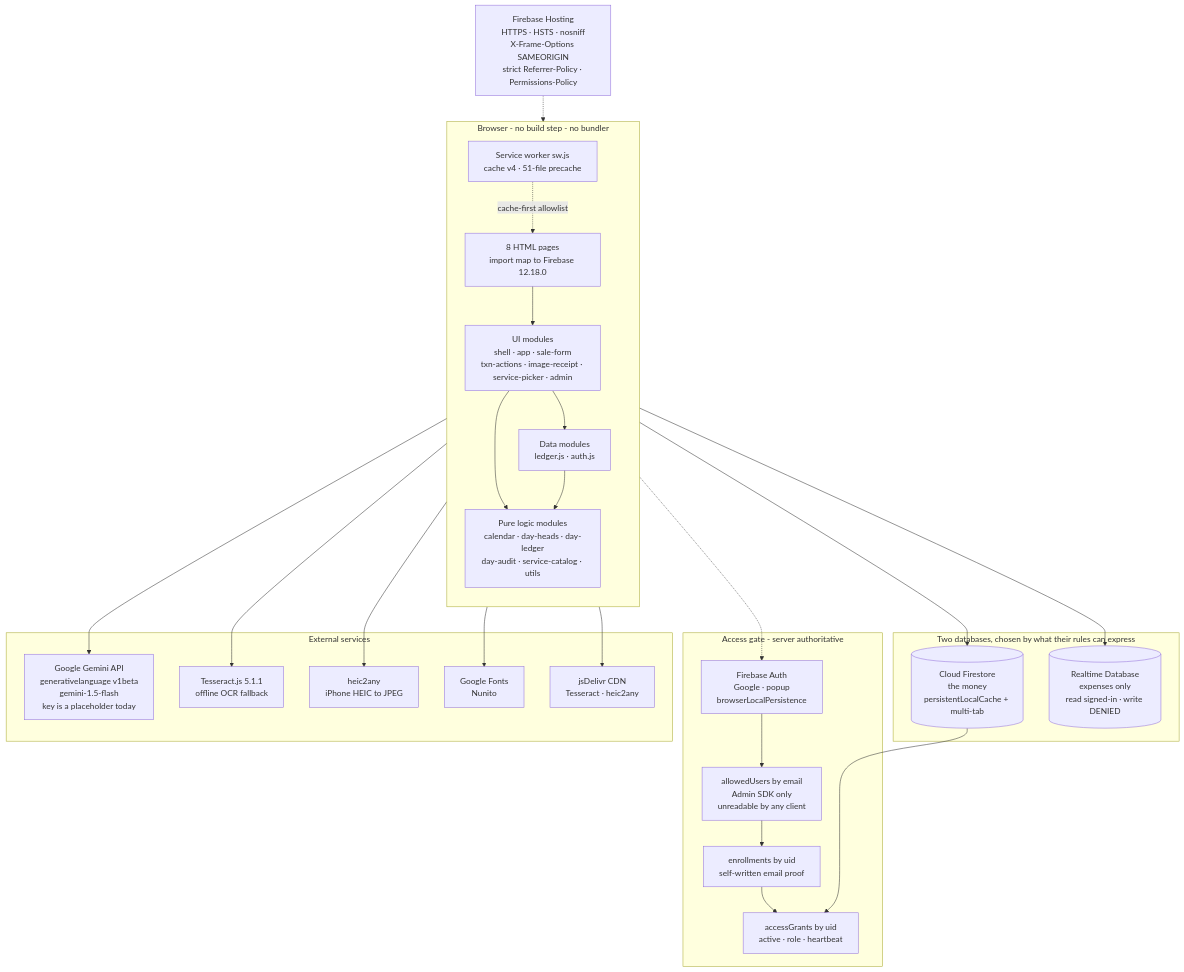
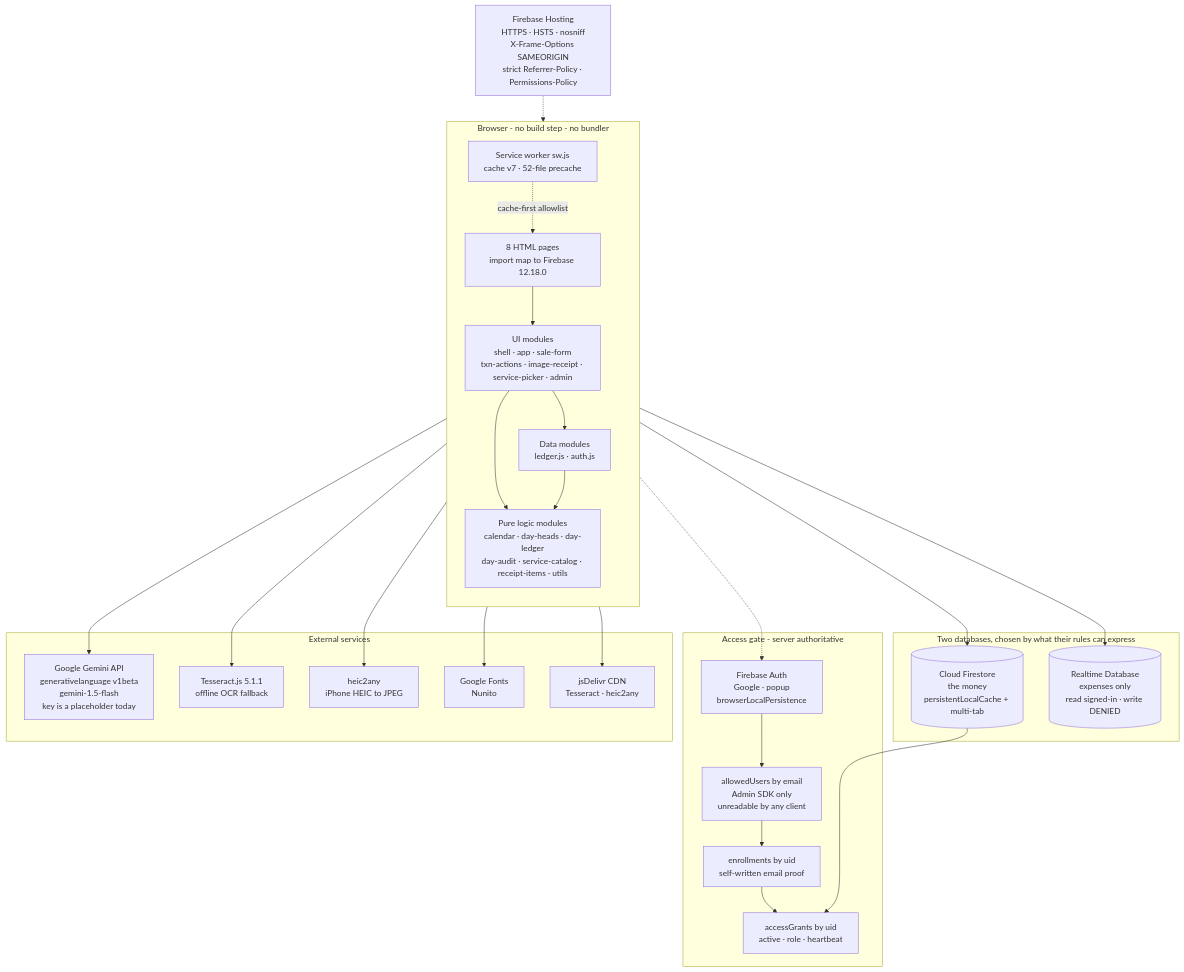
The sixth of 7 diagrams in README.md (arshinmrelju/leadger), drawn with Mermaid before and after one commit. The commit also changed other lines of this file and 11 other files, not shown here.

````diff
--- a/README.md
+++ b/README.md
@@ -797,50 +813,50 @@
 ```mermaid
 flowchart TD
     subgraph CLIENT["Browser - no build step - no bundler"]
         direction TB
         HTML["8 HTML pages<br/>import map to Firebase 12.18.0"]
-        PURE["Pure logic modules<br/>calendar · day-heads · day-ledger<br/>day-audit · service-catalog · utils"]
+        PURE["Pure logic modules<br/>calendar · day-heads · day-ledger<br/>day-audit · service-catalog · receipt-items · utils"]
         UI["UI modules<br/>shell · app · sale-form<br/>txn-actions · image-receipt · service-picker · admin"]
         IO["Data modules<br/>ledger.js · auth.js"]
-        SW["Service worker sw.js<br/>cache v4 · 51-file precache"]
+        SW["Service worker sw.js<br/>cache v7 · 52-file precache"]
         HTML --> UI
         UI --> IO
         UI --> PURE
         IO --> PURE
         SW -.->|cache-first allowlist| HTML
     end
 
     subgraph GATE["Access gate - server authoritative"]
         A1["Firebase Auth<br/>Google · popup<br/>browserLocalPersistence"]
         A2["allowedUsers by email<br/>Admin SDK only<br/>unreadable by any client"]
         A3["enrollments by uid<br/>self-written email proof"]
         A4["accessGrants by uid<br/>active · role · heartbeat"]
     end
 
     subgraph DATA["Two databases, chosen by what their rules can express"]
         FS[("Cloud Firestore<br/>the money<br/>persistentLocalCache + multi-tab")]
         RT[("Realtime Database<br/>expenses only<br/>read signed-in · write DENIED")]
     end
 
     subgraph EXT["External services"]
         GEM["Google Gemini API<br/>generativelanguage v1beta<br/>gemini-1.5-flash<br/>key is a placeholder today"]
         TESS["Tesseract.js 5.1.1<br/>offline OCR fallback"]
         HEIC["heic2any<br/>iPhone HEIC to JPEG"]
         FONT["Google Fonts<br/>Nunito"]
         GH["jsDelivr CDN<br/>Tesseract · heic2any"]
     end
 
     HOST["Firebase Hosting<br/>HTTPS · HSTS · nosniff<br/>X-Frame-Options SAMEORIGIN<br/>strict Referrer-Policy · Permissions-Policy"]
 
     HTML -.-> A1
     A1 --> A2 --> A3 --> A4
     IO --> FS
     IO --> RT
     UI --> GEM
     UI --> TESS
     UI --> HEIC
     HTML --> FONT
     SW --> GH
     HOST -.-> HTML
     FS --> A4
 ```
````
